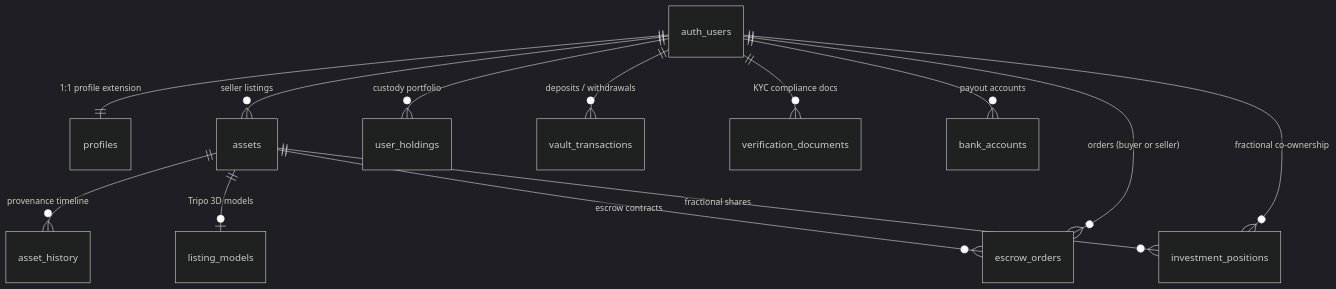
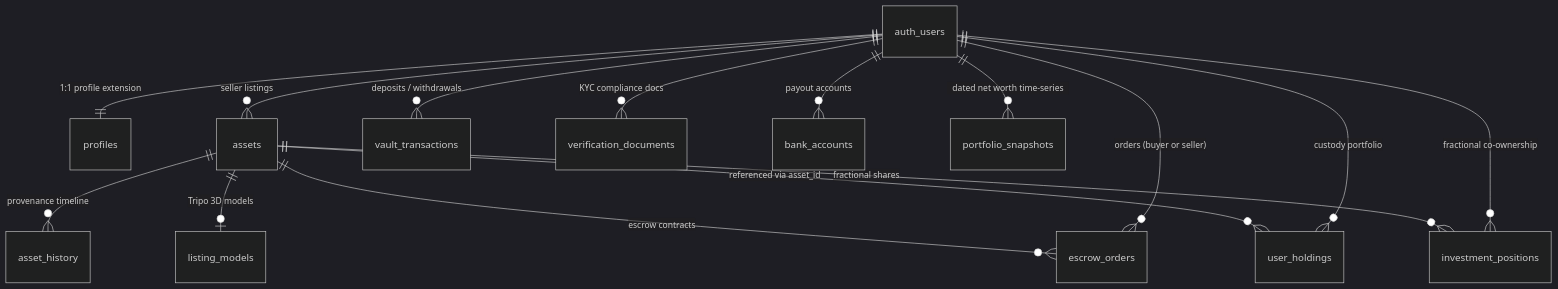
Before and after one commit to dxxxrn1/SmartAssets: the diagram in docs/DATABASE_SCHEMA.md, drawn with Mermaid (dark theme). The commit also changed other lines of this file and 5 other files, not shown here.

Commit message:
docs: sync architecture, database schema, and Mermaid diagrams with latest dev merge

````diff
--- a/docs/DATABASE_SCHEMA.md
+++ b/docs/DATABASE_SCHEMA.md
@@ -14,16 +14,18 @@
 ```mermaid
 erDiagram
     auth_users ||--|| profiles : "1:1 profile extension"
     auth_users ||--o{ assets : "seller listings"
     auth_users ||--o{ user_holdings : "custody portfolio"
     auth_users ||--o{ vault_transactions : "deposits / withdrawals"
     auth_users ||--o{ verification_documents : "KYC compliance docs"
     auth_users ||--o{ bank_accounts : "payout accounts"
     auth_users ||--o{ escrow_orders : "orders (buyer or seller)"
     auth_users ||--o{ investment_positions : "fractional co-ownership"
+    auth_users ||--o{ portfolio_snapshots : "dated net worth time-series"
 
     assets ||--o{ asset_history : "provenance timeline"
     assets ||--o| listing_models : "Tripo 3D models"
     assets ||--o{ escrow_orders : "escrow contracts"
     assets ||--o{ investment_positions : "fractional shares"
+    assets ||--o{ user_holdings : "referenced via asset_id"
 ```
````
